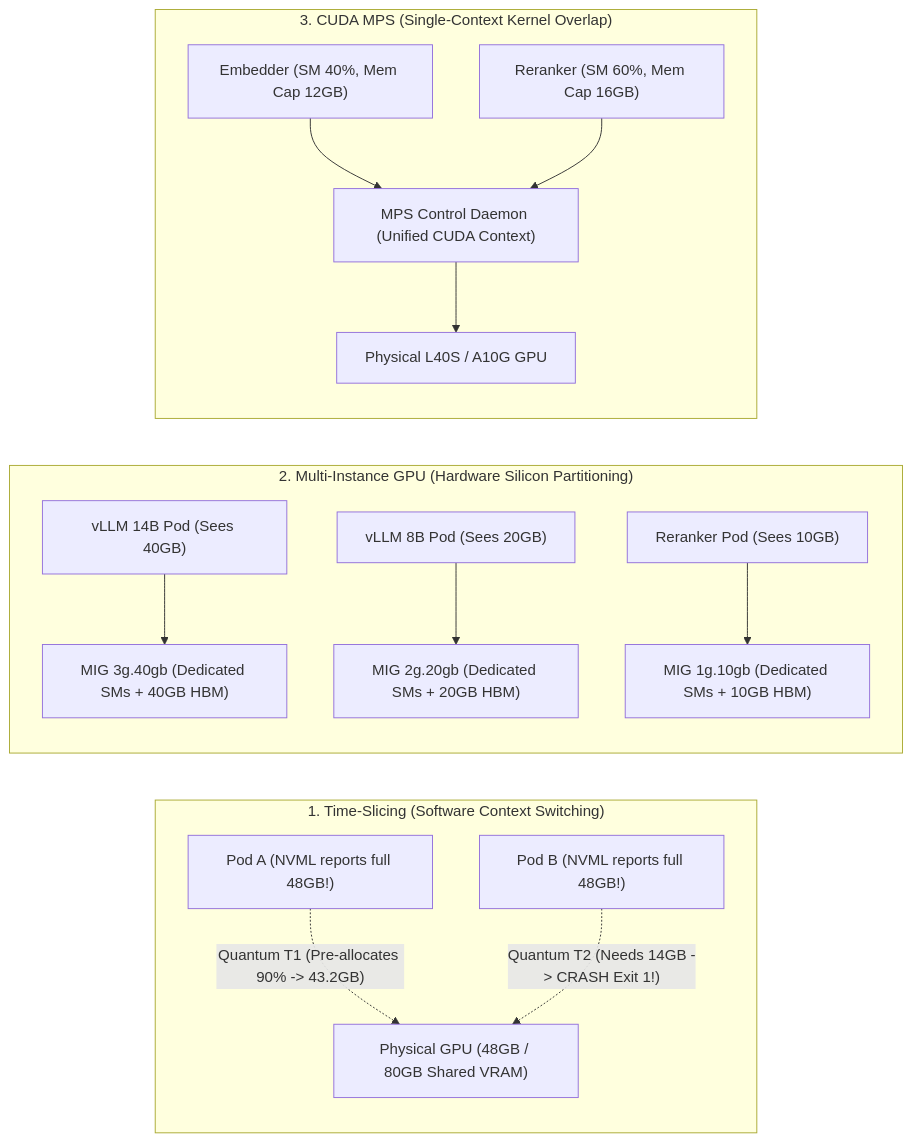
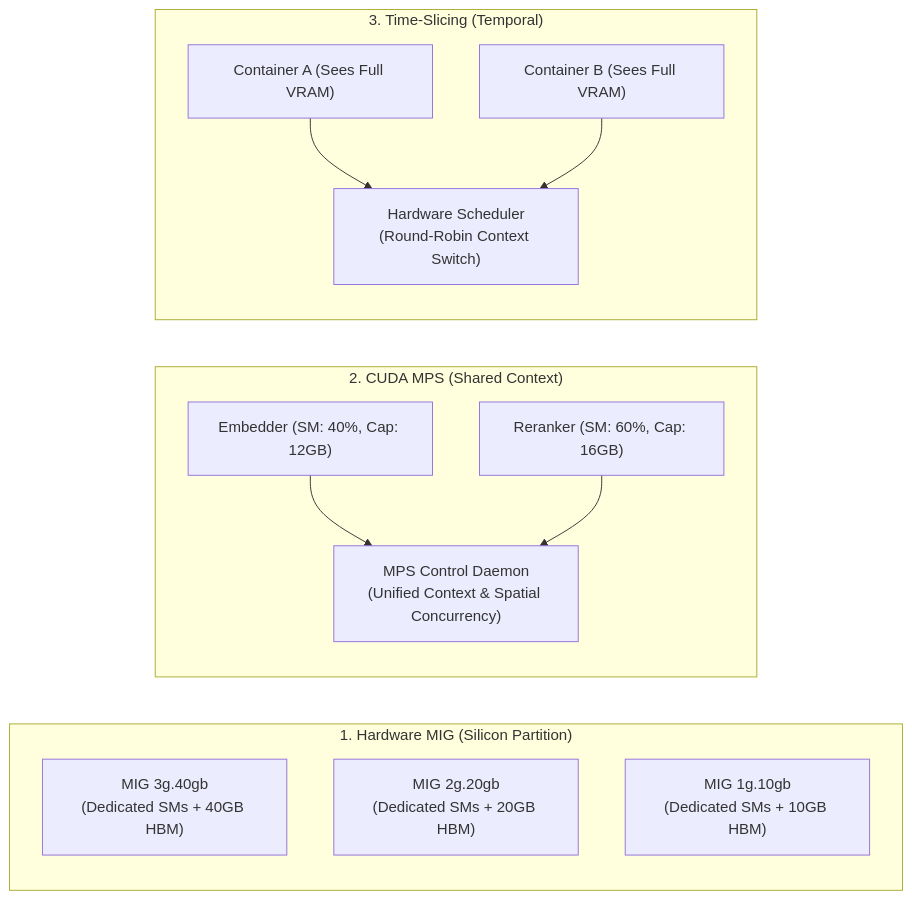
Before and after one commit to xsub/AiOps_on_K8S_Fundamentals_n_Practicies: the second of 6 diagrams in docs/02-gpu-partitioning-strategies.md, drawn with Mermaid. The commit also changed other lines of this file and 20 other files, not shown here.

````diff
--- a/docs/02-gpu-partitioning-strategies.md
+++ b/docs/02-gpu-partitioning-strategies.md
@@ -60,27 +73,20 @@
 ```mermaid
 flowchart LR
-    subgraph TS["1. Time-Slicing (Software Context Switching)"]
-        TS_GPU["Physical GPU (48GB / 80GB Shared VRAM)"]
-        TS_P1["Pod A (NVML reports full 48GB!)"]
-        TS_P2["Pod B (NVML reports full 48GB!)"]
-        TS_P1 -. "Quantum T1 (Pre-allocates 90% -> 43.2GB)" .-> TS_GPU
-        TS_P2 -. "Quantum T2 (Needs 14GB -> CRASH Exit 1!)" .-> TS_GPU
+    subgraph MIG["1. Hardware MIG (Silicon Partition)"]
+        M1["MIG 3g.40gb\n(Dedicated SMs + 40GB HBM)"]
+        M2["MIG 2g.20gb\n(Dedicated SMs + 20GB HBM)"]
+        M3["MIG 1g.10gb\n(Dedicated SMs + 10GB HBM)"]
     end
 
-    subgraph MIG["2. Multi-Instance GPU (Hardware Silicon Partitioning)"]
-        MIG_1["MIG 3g.40gb (Dedicated SMs + 40GB HBM)"]
-        MIG_2["MIG 2g.20gb (Dedicated SMs + 20GB HBM)"]
-        MIG_3["MIG 1g.10gb (Dedicated SMs + 10GB HBM)"]
-        MIG_P1["vLLM 14B Pod (Sees 40GB)"] --> MIG_1
-        MIG_P2["vLLM 8B Pod (Sees 20GB)"] --> MIG_2
-        MIG_P3["Reranker Pod (Sees 10GB)"] --> MIG_3
+    subgraph MPS["2. CUDA MPS (Shared Context)"]
+        MD["MPS Control Daemon\n(Unified Context & Spatial Concurrency)"]
+        MP1["Embedder (SM: 40%, Cap: 12GB)"] --> MD
+        MP2["Reranker (SM: 60%, Cap: 16GB)"] --> MD
     end
 
-    subgraph MPS["3. CUDA MPS (Single-Context Kernel Overlap)"]
-        MPS_D["MPS Control Daemon (Unified CUDA Context)"]
-        MPS_GPU["Physical L40S / A10G GPU"]
-        MPS_P1["Embedder (SM 40%, Mem Cap 12GB)"] --> MPS_D
-        MPS_P2["Reranker (SM 60%, Mem Cap 16GB)"] --> MPS_D
-        MPS_D --> MPS_GPU
+    subgraph TS["3. Time-Slicing (Temporal)"]
+        TD["Hardware Scheduler\n(Round-Robin Context Switch)"]
+        TP1["Container A (Sees Full VRAM)"] --> TD
+        TP2["Container B (Sees Full VRAM)"] --> TD
     end
 ```
````
